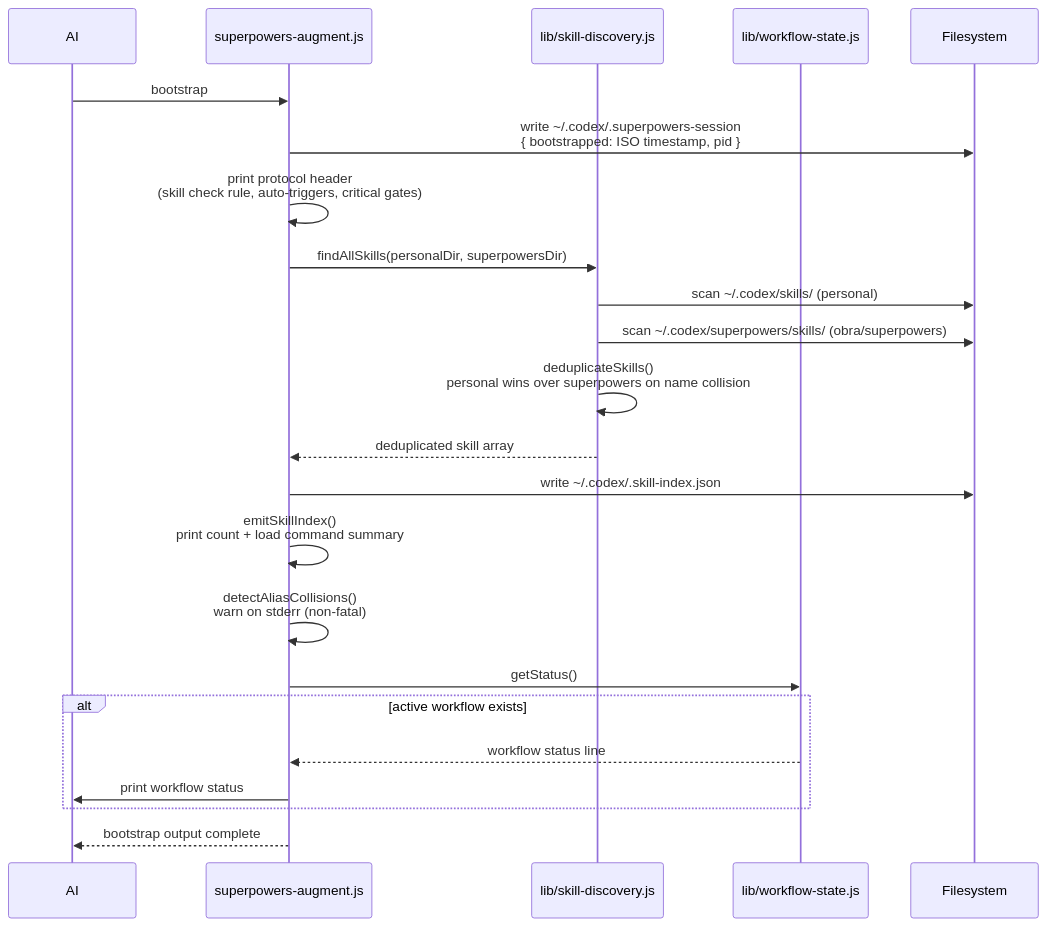
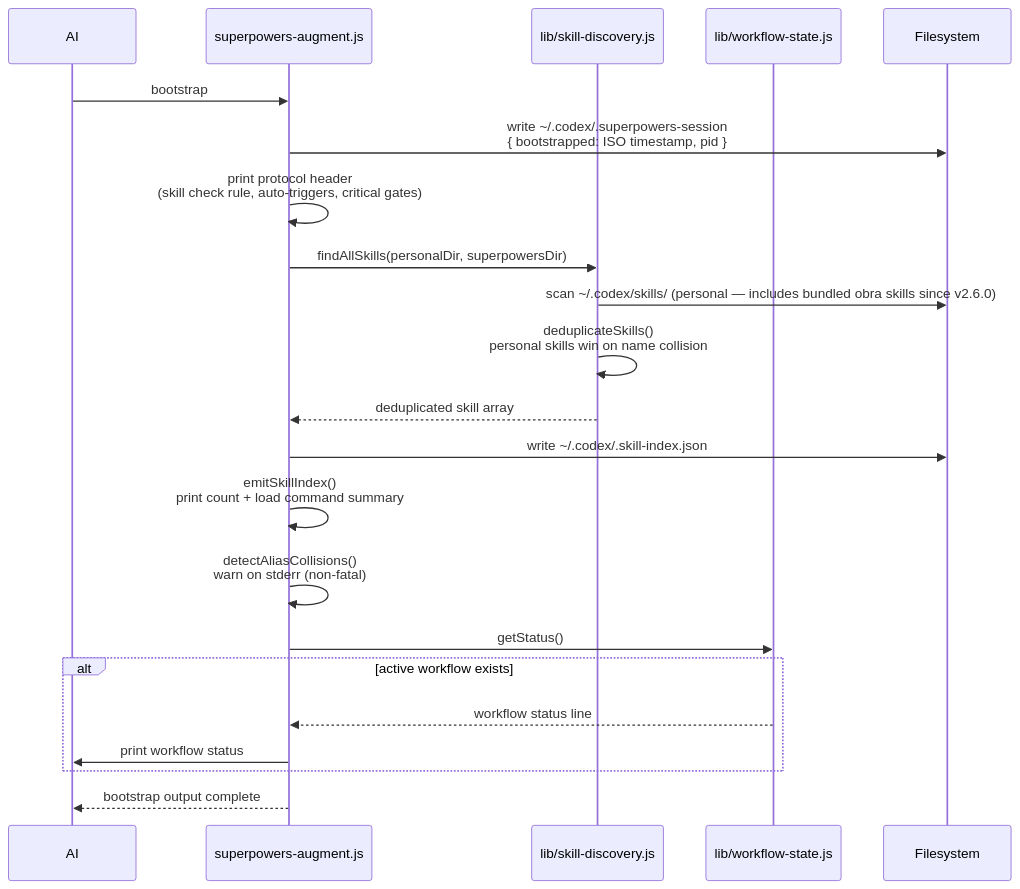
Before and after one commit to bordenet/superpowers-plus: the eighth of 9 diagrams in docs/DESIGN.md, drawn with Mermaid. The commit also changed other lines of this file and 4 other files, not shown here.

First line of the commit message:
docs: remove stale SUPERPOWERS_DIR/superpowers.sh refs from ARCHITECTURE + DESIGN

````diff
--- a/docs/DESIGN.md
+++ b/docs/DESIGN.md
@@ -445,32 +445,31 @@
 ```mermaid
 sequenceDiagram
     participant AI
     participant SA as superpowers-augment.js
     participant SD as lib/skill-discovery.js
     participant WS as lib/workflow-state.js
     participant FS as Filesystem
 
     AI->>SA: bootstrap
     SA->>FS: write ~/.codex/.superpowers-session<br/>{ bootstrapped: ISO timestamp, pid }
 
     SA->>SA: print protocol header<br/>(skill check rule, auto-triggers, critical gates)
 
     SA->>SD: findAllSkills(personalDir, superpowersDir)
-    SD->>FS: scan ~/.codex/skills/ (personal)
-    SD->>FS: scan ~/.codex/superpowers/skills/ (obra/superpowers)
-    SD->>SD: deduplicateSkills()<br/>personal wins over superpowers on name collision
+    SD->>FS: scan ~/.codex/skills/ (personal — includes bundled obra skills since v2.6.0)
+    SD->>SD: deduplicateSkills()<br/>personal skills win on name collision
     SD-->>SA: deduplicated skill array
 
     SA->>FS: write ~/.codex/.skill-index.json
     SA->>SA: emitSkillIndex()<br/>print count + load command summary
 
     SA->>SA: detectAliasCollisions()<br/>warn on stderr (non-fatal)
 
     SA->>WS: getStatus()
     alt active workflow exists
         WS-->>SA: workflow status line
         SA->>AI: print workflow status
     end
 
     SA-->>AI: bootstrap output complete
 ```
````
